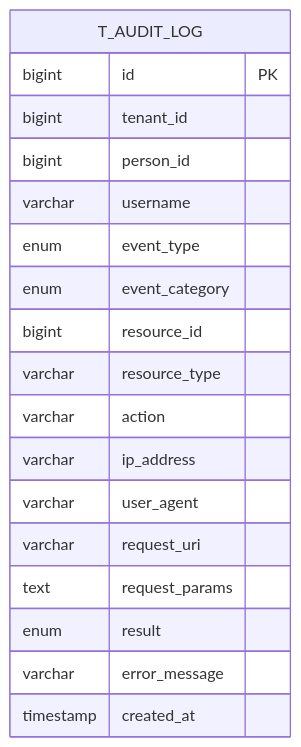
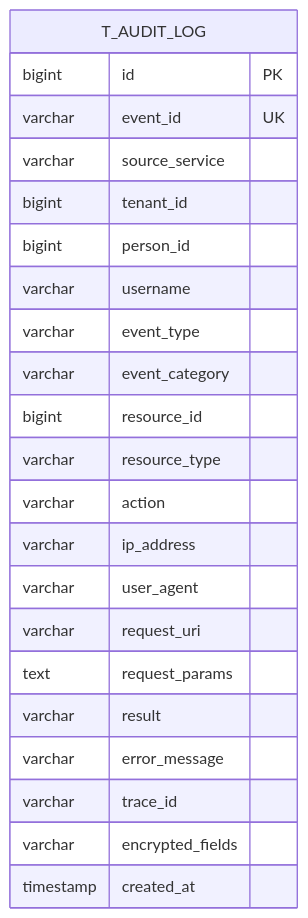
The fourth of 9 diagrams in .qoder/repowiki/zh/content/数据库设计/数据库架构/审计日志表.md (fq0121104930716/iam-platform), drawn with Mermaid before and after one commit. The commit also changed other lines of this file and 219 other files, not shown here.

````diff
--- a/.qoder/repowiki/zh/content/数据库设计/数据库架构/审计日志表.md
+++ b/.qoder/repowiki/zh/content/数据库设计/数据库架构/审计日志表.md
@@ -211,21 +254,25 @@
 ```mermaid
 erDiagram
 T_AUDIT_LOG {
 bigint id PK
+varchar event_id UK
+varchar source_service
 bigint tenant_id
 bigint person_id
 varchar username
-enum event_type
-enum event_category
+varchar event_type
+varchar event_category
 bigint resource_id
 varchar resource_type
 varchar action
 varchar ip_address
 varchar user_agent
 varchar request_uri
 text request_params
-enum result
+varchar result
 varchar error_message
+varchar trace_id
+varchar encrypted_fields
 timestamp created_at
 }
 ```
````
